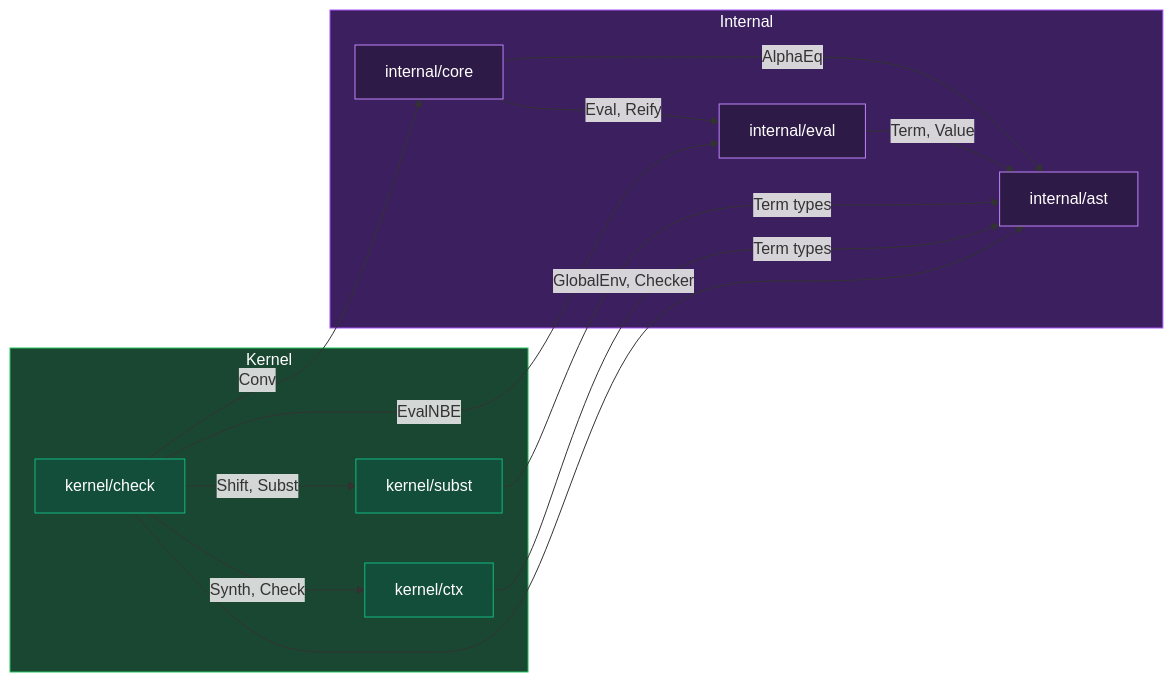
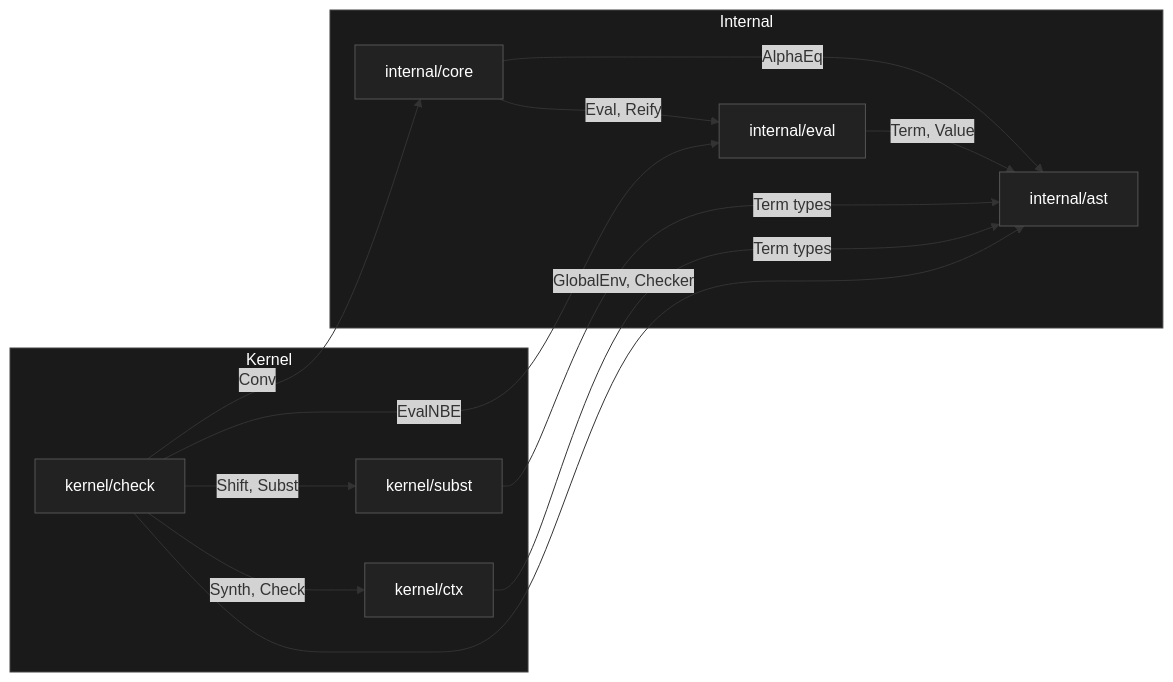
Before and after one commit to watchthelight/HypergraphGo: the third of 23 diagrams in DIAGRAMS.md, drawn with Mermaid. The commit also changed other lines of this file, not shown here.

First line of the commit message:
docs(diagrams): use uniform dark color scheme

````diff
--- a/DIAGRAMS.md
+++ b/DIAGRAMS.md
@@ -518,37 +518,37 @@
 ```mermaid
 flowchart LR
     subgraph Kernel
         check[kernel/check]
         ctx[kernel/ctx]
         subst[kernel/subst]
     end
 
     subgraph Internal
         ast[internal/ast]
         eval[internal/eval]
         core[internal/core]
     end
 
     check -->|GlobalEnv, Checker| ast
     check -->|Synth, Check| ctx
     check -->|Shift, Subst| subst
     check -->|EvalNBE| eval
     check -->|Conv| core
 
     ctx -->|Term types| ast
     subst -->|Term types| ast
 
     core -->|Eval, Reify| eval
     core -->|AlphaEq| ast
 
     eval -->|Term, Value| ast
 
-    style Kernel fill:#1a4731,stroke:#22c55e,color:#fff
-    style Internal fill:#3b1f5f,stroke:#a855f7,color:#fff
-    style check fill:#134e3a,stroke:#10b981,color:#fff
-    style ctx fill:#134e3a,stroke:#10b981,color:#fff
-    style subst fill:#134e3a,stroke:#10b981,color:#fff
-    style ast fill:#2e1a47,stroke:#c084fc,color:#fff
-    style eval fill:#2e1a47,stroke:#c084fc,color:#fff
-    style core fill:#2e1a47,stroke:#c084fc,color:#fff
+    style Kernel fill:#1a1a1a,stroke:#444,color:#fff
+    style Internal fill:#1a1a1a,stroke:#444,color:#fff
+    style check fill:#222,stroke:#555,color:#fff
+    style ctx fill:#222,stroke:#555,color:#fff
+    style subst fill:#222,stroke:#555,color:#fff
+    style ast fill:#222,stroke:#555,color:#fff
+    style eval fill:#222,stroke:#555,color:#fff
+    style core fill:#222,stroke:#555,color:#fff
 ```
````
